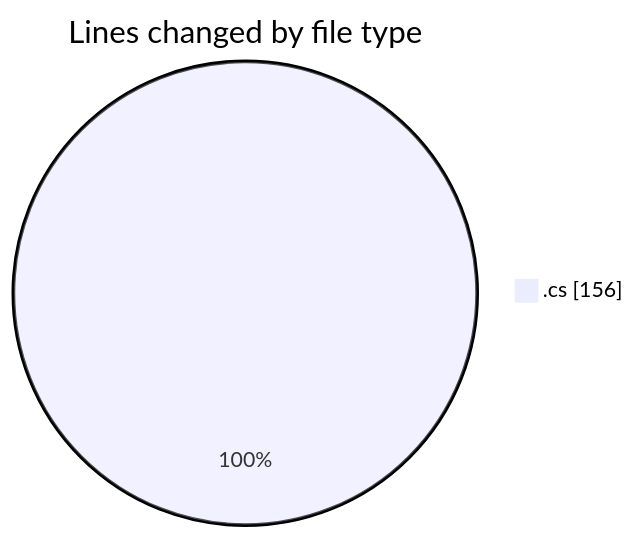
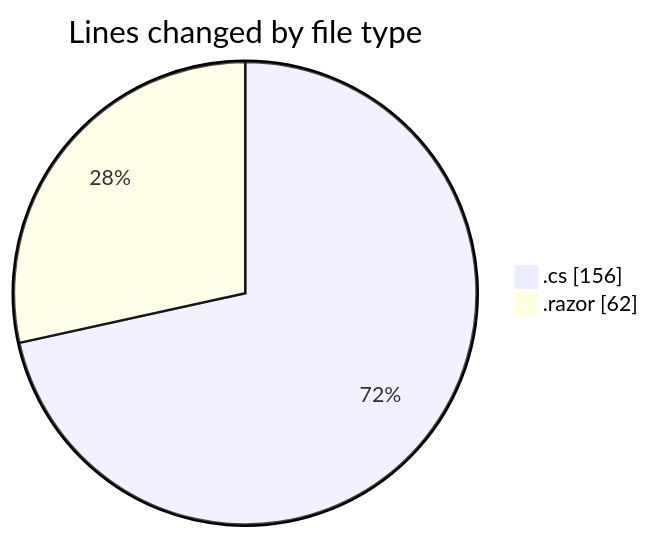
The first of 2 diagrams in 2025-03-30/front-end/README.md (Netris89/code-tracking), drawn with Mermaid before and after one commit. The commit also changed other lines of this file and 1 other file, not shown here.

````diff
--- a/2025-03-30/front-end/README.md
+++ b/2025-03-30/front-end/README.md
@@ -21,5 +22,6 @@
 ```mermaid
 pie showData
 title Lines changed by file type
 ".cs" : 156
+".razor" : 62
 ```
````
